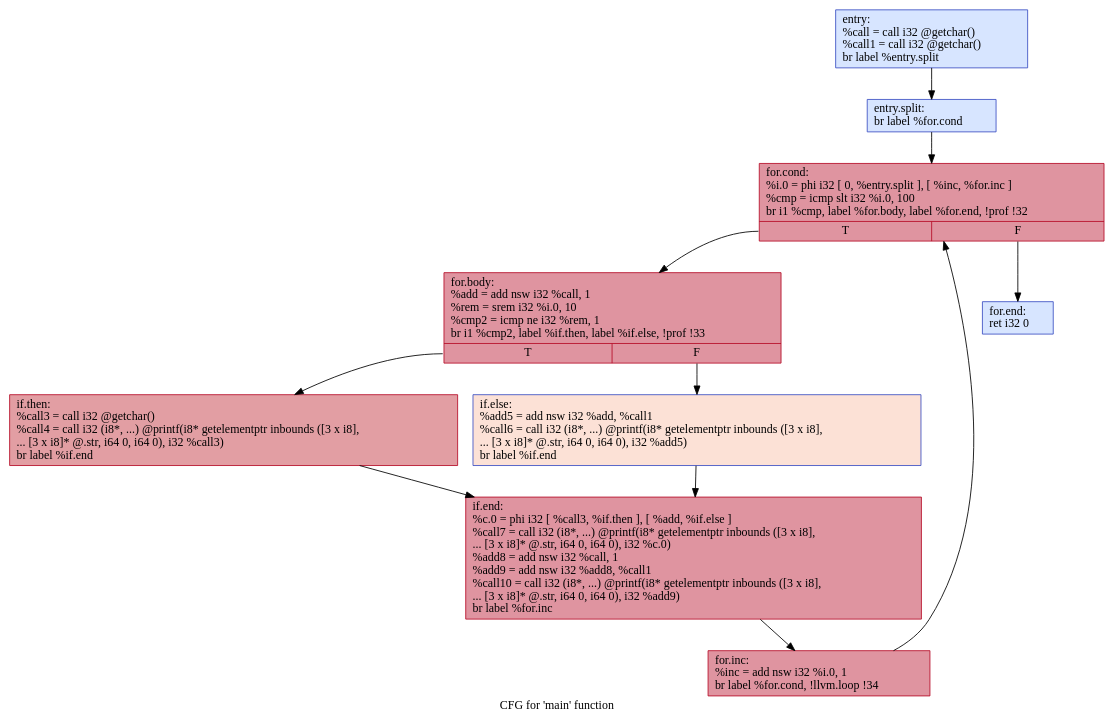
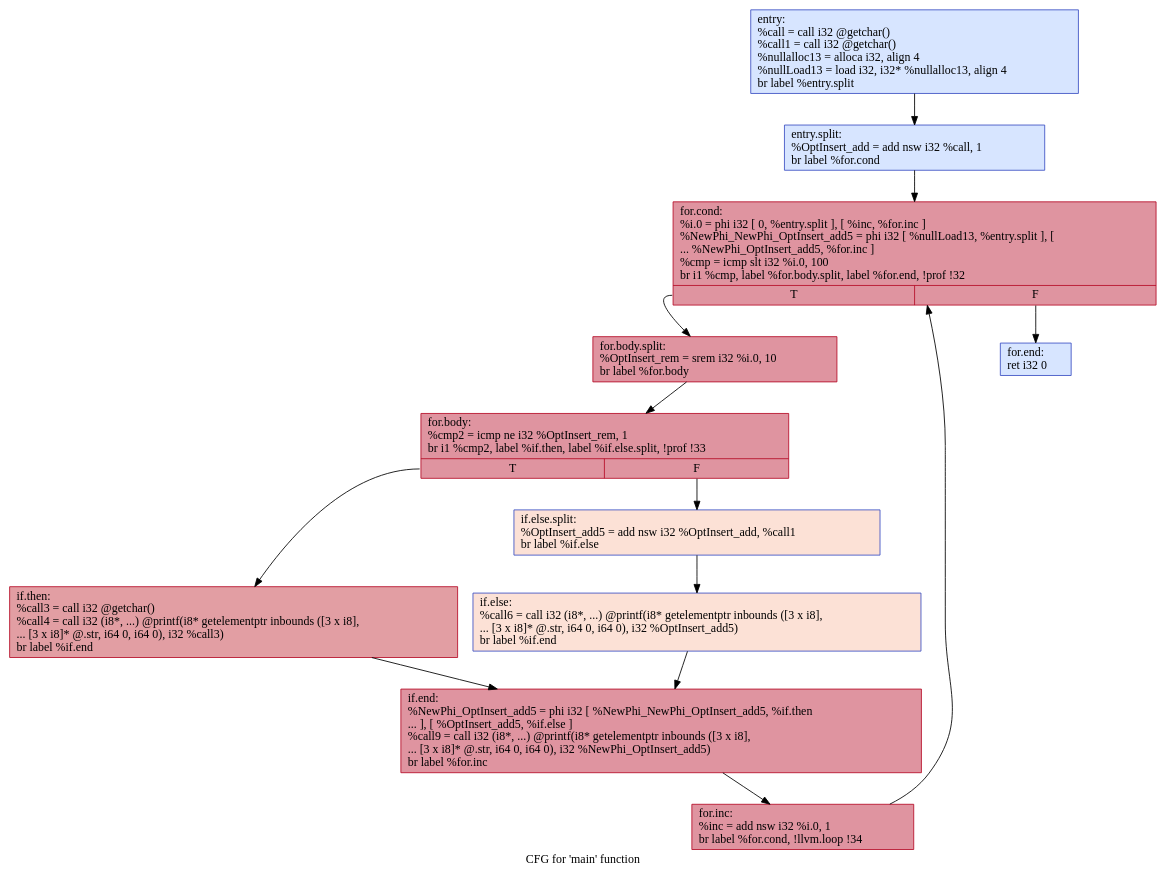
The diagram in visual/.main.dot (GGLeod/Speculation-Based-GVNPRE), drawn with Graphviz before and after one commit. The commit also changed 17 other files, not shown here.

```diff
--- a/visual/.main.dot
+++ b/visual/.main.dot
@@ -1,23 +1,27 @@
 digraph "CFG for 'main' function" {
 	label="CFG for 'main' function";
 
-	Node0x5568c7301820 [shape=record,color="#3d50c3ff", style=filled, fillcolor="#a5c3fe70",label="{entry:\l  %call = call i32 @getchar()\l  %call1 = call i32 @getchar()\l  br label %entry.split\l}"];
-	Node0x5568c7301820 -> Node0x5568c7301870;
-	Node0x5568c7301870 [shape=record,color="#3d50c3ff", style=filled, fillcolor="#a5c3fe70",label="{entry.split:                                      \l  br label %for.cond\l}"];
-	Node0x5568c7301870 -> Node0x5568c73018c0;
-	Node0x5568c73018c0 [shape=record,color="#b70d28ff", style=filled, fillcolor="#b70d2870",label="{for.cond:                                         \l  %i.0 = phi i32 [ 0, %entry.split ], [ %inc, %for.inc ]\l  %cmp = icmp slt i32 %i.0, 100\l  br i1 %cmp, label %for.body, label %for.end, !prof !32\l|{<s0>T|<s1>F}}"];
-	Node0x5568c73018c0:s0 -> Node0x5568c7301910;
-	Node0x5568c73018c0:s1 -> Node0x5568c7301aa0;
-	Node0x5568c7301910 [shape=record,color="#b70d28ff", style=filled, fillcolor="#b70d2870",label="{for.body:                                         \l  %add = add nsw i32 %call, 1\l  %rem = srem i32 %i.0, 10\l  %cmp2 = icmp ne i32 %rem, 1\l  br i1 %cmp2, label %if.then, label %if.else, !prof !33\l|{<s0>T|<s1>F}}"];
-	Node0x5568c7301910:s0 -> Node0x5568c7301960;
-	Node0x5568c7301910:s1 -> Node0x5568c73019b0;
-	Node0x5568c7301960 [shape=record,color="#b70d28ff", style=filled, fillcolor="#be242e70",label="{if.then:                                          \l  %call3 = call i32 @getchar()\l  %call4 = call i32 (i8*, ...) @printf(i8* getelementptr inbounds ([3 x i8],\l... [3 x i8]* @.str, i64 0, i64 0), i32 %call3)\l  br label %if.end\l}"];
-	Node0x5568c7301960 -> Node0x5568c7301a00;
-	Node0x5568c73019b0 [shape=record,color="#3d50c3ff", style=filled, fillcolor="#f7bca170",label="{if.else:                                          \l  %add5 = add nsw i32 %add, %call1\l  %call6 = call i32 (i8*, ...) @printf(i8* getelementptr inbounds ([3 x i8],\l... [3 x i8]* @.str, i64 0, i64 0), i32 %add5)\l  br label %if.end\l}"];
-	Node0x5568c73019b0 -> Node0x5568c7301a00;
-	Node0x5568c7301a00 [shape=record,color="#b70d28ff", style=filled, fillcolor="#b70d2870",label="{if.end:                                           \l  %c.0 = phi i32 [ %call3, %if.then ], [ %add, %if.else ]\l  %call7 = call i32 (i8*, ...) @printf(i8* getelementptr inbounds ([3 x i8],\l... [3 x i8]* @.str, i64 0, i64 0), i32 %c.0)\l  %add8 = add nsw i32 %call, 1\l  %add9 = add nsw i32 %add8, %call1\l  %call10 = call i32 (i8*, ...) @printf(i8* getelementptr inbounds ([3 x i8],\l... [3 x i8]* @.str, i64 0, i64 0), i32 %add9)\l  br label %for.inc\l}"];
-	Node0x5568c7301a00 -> Node0x5568c7301a50;
-	Node0x5568c7301a50 [shape=record,color="#b70d28ff", style=filled, fillcolor="#b70d2870",label="{for.inc:                                          \l  %inc = add nsw i32 %i.0, 1\l  br label %for.cond, !llvm.loop !34\l}"];
-	Node0x5568c7301a50 -> Node0x5568c73018c0;
-	Node0x5568c7301aa0 [shape=record,color="#3d50c3ff", style=filled, fillcolor="#a5c3fe70",label="{for.end:                                          \l  ret i32 0\l}"];
+	Node0x55d349a20640 [shape=record,color="#3d50c3ff", style=filled, fillcolor="#a5c3fe70",label="{entry:\l  %call = call i32 @getchar()\l  %call1 = call i32 @getchar()\l  %nullalloc13 = alloca i32, align 4\l  %nullLoad13 = load i32, i32* %nullalloc13, align 4\l  br label %entry.split\l}"];
+	Node0x55d349a20640 -> Node0x55d349a2f8d0;
+	Node0x55d349a2f8d0 [shape=record,color="#3d50c3ff", style=filled, fillcolor="#a5c3fe70",label="{entry.split:                                      \l  %OptInsert_add = add nsw i32 %call, 1\l  br label %for.cond\l}"];
+	Node0x55d349a2f8d0 -> Node0x55d349a2f920;
+	Node0x55d349a2f920 [shape=record,color="#b70d28ff", style=filled, fillcolor="#b70d2870",label="{for.cond:                                         \l  %i.0 = phi i32 [ 0, %entry.split ], [ %inc, %for.inc ]\l  %NewPhi_NewPhi_OptInsert_add5 = phi i32 [ %nullLoad13, %entry.split ], [\l... %NewPhi_OptInsert_add5, %for.inc ]\l  %cmp = icmp slt i32 %i.0, 100\l  br i1 %cmp, label %for.body.split, label %for.end, !prof !32\l|{<s0>T|<s1>F}}"];
+	Node0x55d349a2f920:s0 -> Node0x55d349a2f970;
+	Node0x55d349a2f920:s1 -> Node0x55d349a2fba0;
+	Node0x55d349a2f970 [shape=record,color="#b70d28ff", style=filled, fillcolor="#b70d2870",label="{for.body.split:                                   \l  %OptInsert_rem = srem i32 %i.0, 10\l  br label %for.body\l}"];
+	Node0x55d349a2f970 -> Node0x55d349a2f9c0;
+	Node0x55d349a2f9c0 [shape=record,color="#b70d28ff", style=filled, fillcolor="#b70d2870",label="{for.body:                                         \l  %cmp2 = icmp ne i32 %OptInsert_rem, 1\l  br i1 %cmp2, label %if.then, label %if.else.split, !prof !33\l|{<s0>T|<s1>F}}"];
+	Node0x55d349a2f9c0:s0 -> Node0x55d349a2fa10;
+	Node0x55d349a2f9c0:s1 -> Node0x55d349a2fa60;
+	Node0x55d349a2fa10 [shape=record,color="#b70d28ff", style=filled, fillcolor="#be242e70",label="{if.then:                                          \l  %call3 = call i32 @getchar()\l  %call4 = call i32 (i8*, ...) @printf(i8* getelementptr inbounds ([3 x i8],\l... [3 x i8]* @.str, i64 0, i64 0), i32 %call3)\l  br label %if.end\l}"];
+	Node0x55d349a2fa10 -> Node0x55d349a2fb00;
+	Node0x55d349a2fa60 [shape=record,color="#3d50c3ff", style=filled, fillcolor="#f7bca170",label="{if.else.split:                                    \l  %OptInsert_add5 = add nsw i32 %OptInsert_add, %call1\l  br label %if.else\l}"];
+	Node0x55d349a2fa60 -> Node0x55d349a2fab0;
+	Node0x55d349a2fab0 [shape=record,color="#3d50c3ff", style=filled, fillcolor="#f7bca170",label="{if.else:                                          \l  %call6 = call i32 (i8*, ...) @printf(i8* getelementptr inbounds ([3 x i8],\l... [3 x i8]* @.str, i64 0, i64 0), i32 %OptInsert_add5)\l  br label %if.end\l}"];
+	Node0x55d349a2fab0 -> Node0x55d349a2fb00;
+	Node0x55d349a2fb00 [shape=record,color="#b70d28ff", style=filled, fillcolor="#b70d2870",label="{if.end:                                           \l  %NewPhi_OptInsert_add5 = phi i32 [ %NewPhi_NewPhi_OptInsert_add5, %if.then\l... ], [ %OptInsert_add5, %if.else ]\l  %call9 = call i32 (i8*, ...) @printf(i8* getelementptr inbounds ([3 x i8],\l... [3 x i8]* @.str, i64 0, i64 0), i32 %NewPhi_OptInsert_add5)\l  br label %for.inc\l}"];
+	Node0x55d349a2fb00 -> Node0x55d349a2fb50;
+	Node0x55d349a2fb50 [shape=record,color="#b70d28ff", style=filled, fillcolor="#b70d2870",label="{for.inc:                                          \l  %inc = add nsw i32 %i.0, 1\l  br label %for.cond, !llvm.loop !34\l}"];
+	Node0x55d349a2fb50 -> Node0x55d349a2f920;
+	Node0x55d349a2fba0 [shape=record,color="#3d50c3ff", style=filled, fillcolor="#a5c3fe70",label="{for.end:                                          \l  ret i32 0\l}"];
 }
```
